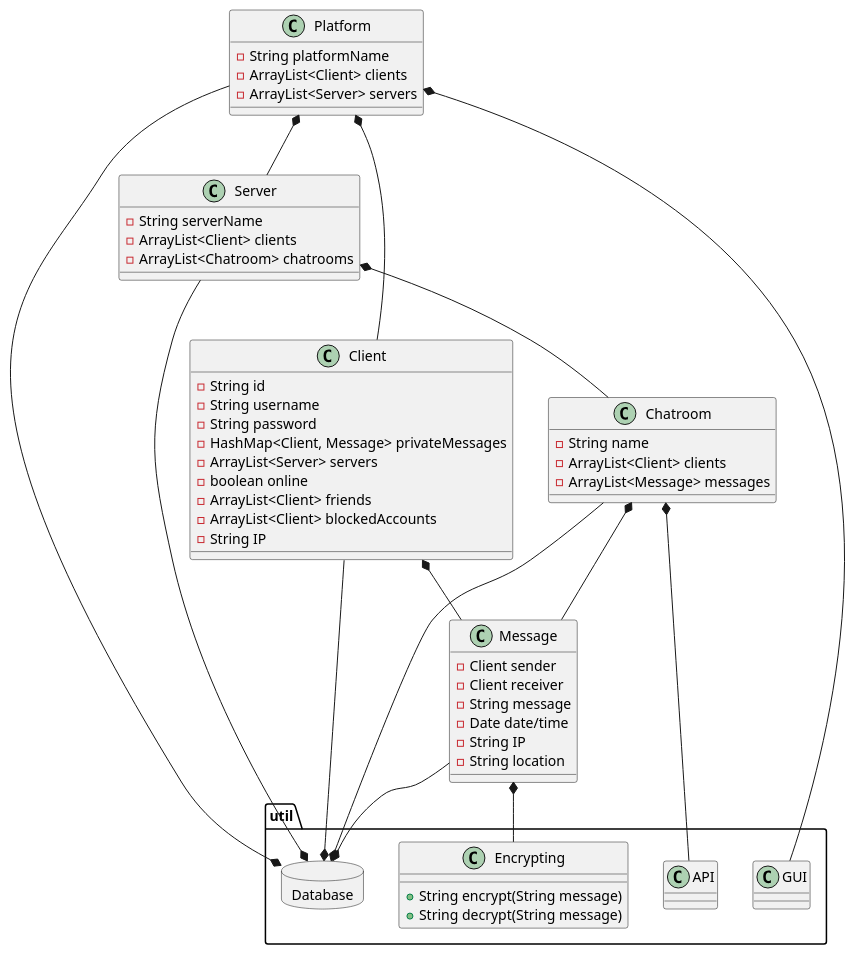
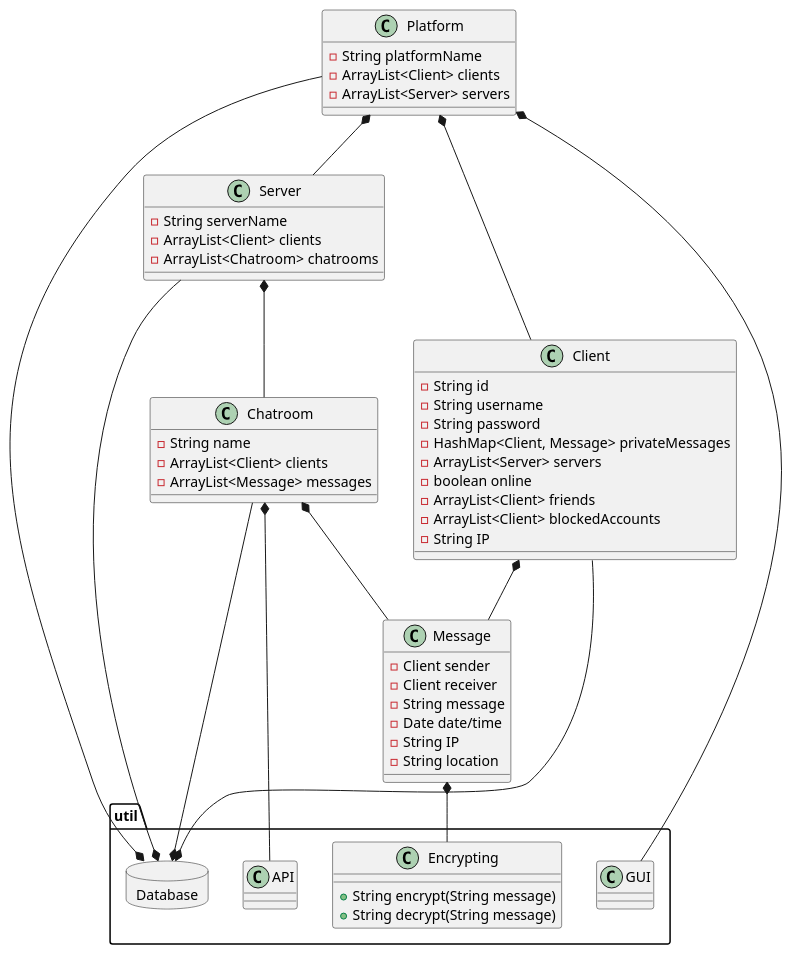
The diagram in src/main/java/ICE/doc/classdiagram.puml (Styrse/ICE), drawn with PlantUML before and after one commit.

Commit message:
Styr - Updated classdiagram

```diff
--- a/src/main/java/ICE/doc/classdiagram.puml
+++ b/src/main/java/ICE/doc/classdiagram.puml
@@ -1,73 +1,72 @@
 @startuml
 class Platform{
 - String platformName
 - ArrayList<Client> clients
 - ArrayList<Server> servers
 }
 
 class Server{
 - String serverName
 - ArrayList<Client> clients
 - ArrayList<Chatroom> chatrooms
 }
 
 class Client{
 - String id
 - String username
 - String password
 - HashMap<Client, Message> privateMessages
 - ArrayList<Server> servers
 - boolean online
 - ArrayList<Client> friends
 - ArrayList<Client> blockedAccounts
 - String IP
 }
 
 class Chatroom{
 - String name
 - ArrayList<Client> clients
 - ArrayList<Message> messages
 }
 
 class Message{
 - Client sender
 - Client receiver
 - String message
 - Date date/time
 - String IP
 - String location
 }
 
 package util{
 class GUI
 class API
 class Encrypting{
 + String encrypt(String message)
 + String decrypt(String message)
 }
 database "Database"{
 }
 
 Platform *-- Server
 Platform *-- Client
 Platform *-- GUI
 Platform --* "Database"
 
 Client *-- Message
 Client --* "Database"
 
 Server *-- Chatroom
 Server --* "Database"
 
 Chatroom *-- Message
 Chatroom *-- API
 Chatroom --* "Database"
 
 Message *-- Encrypting
-Message --* "Database"
 
 }
 
 
 
 @enduml
```
